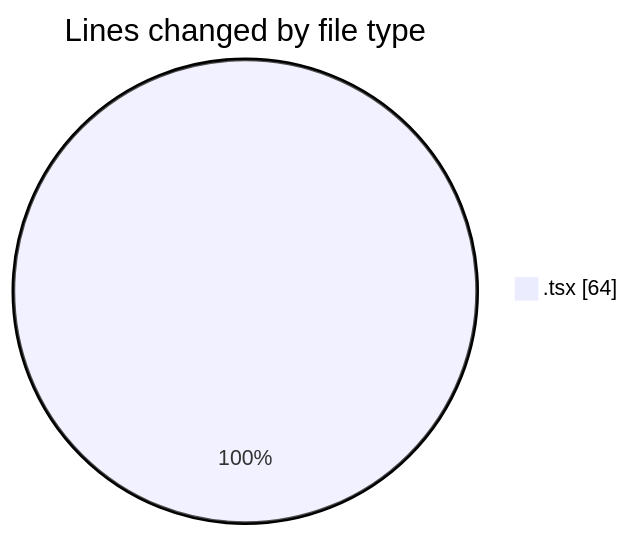
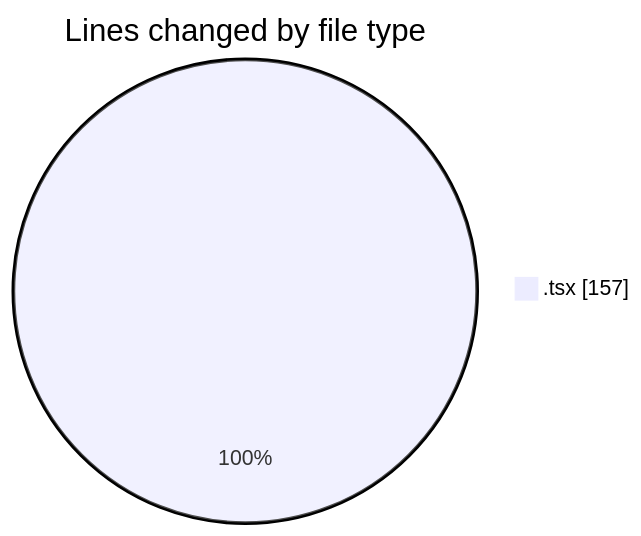
The first of 2 diagrams in 2025-11-28/eventscop-frontend-guide__workspace_/README.md (julien-gomy/code-tracking), drawn with Mermaid before and after one commit. The commit also changed other lines of this file and 1 other file, not shown here.

````diff
--- a/2025-11-28/eventscop-frontend-guide__workspace_/README.md
+++ b/2025-11-28/eventscop-frontend-guide__workspace_/README.md
@@ -20,5 +21,5 @@
 ```mermaid
 pie showData
 title Lines changed by file type
-".tsx" : 64
+".tsx" : 157
 ```
````
